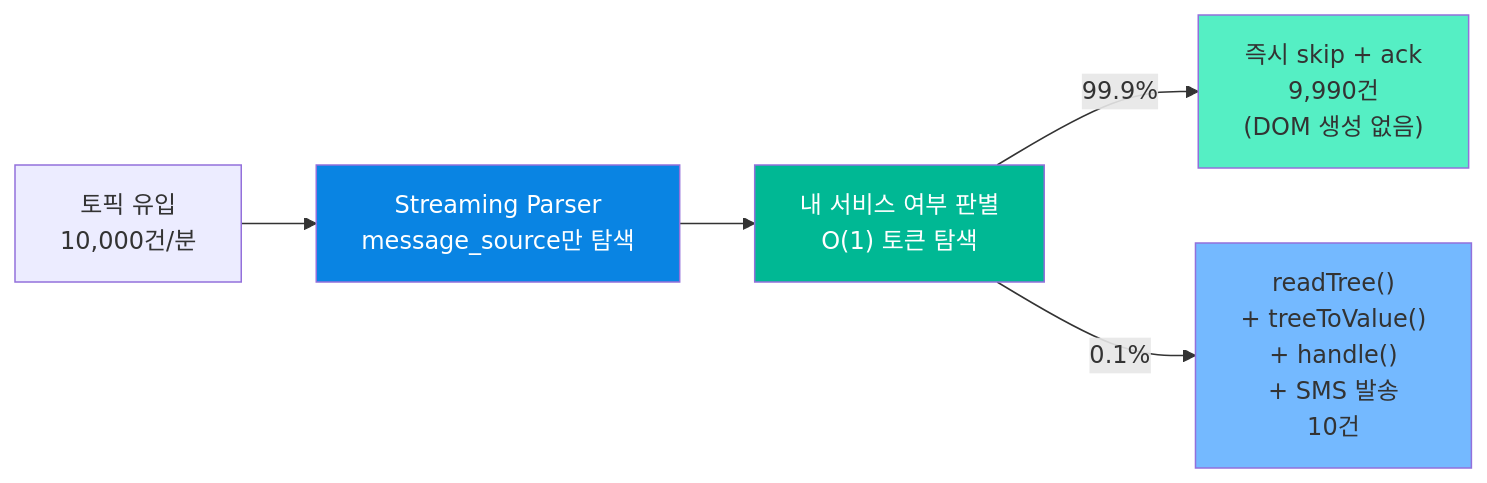
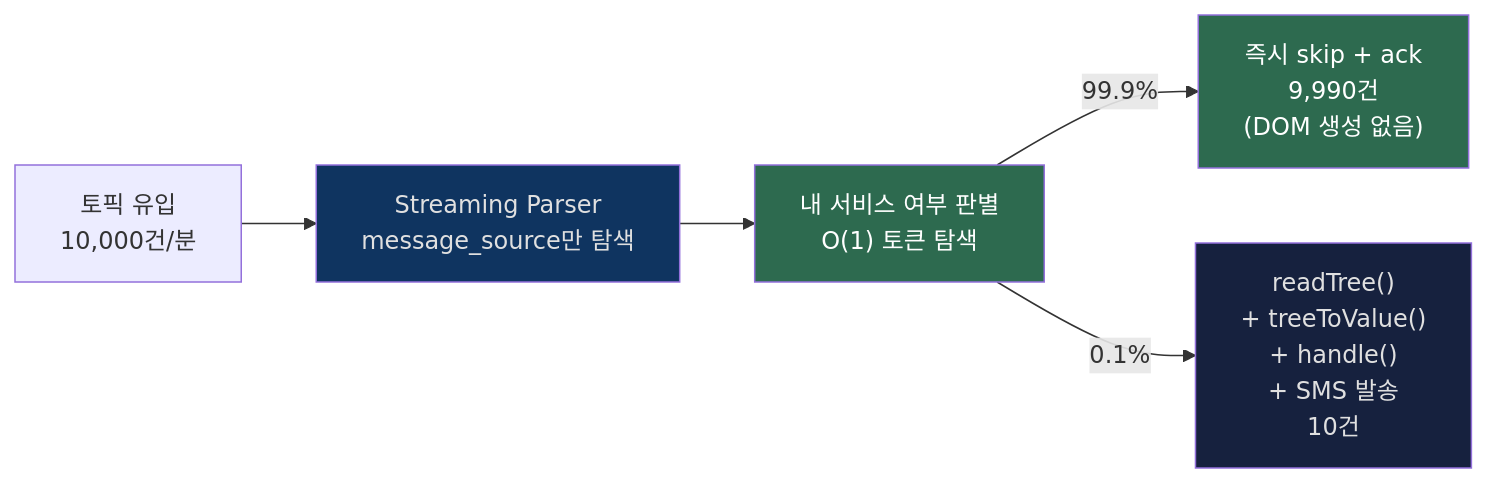
Before and after one commit to hyungkishin/hyungkishin.github.io: the sixth of 8 diagrams in contents/posts/roopers/technical-writing/round4/index.md, drawn with Mermaid. The commit also changed other lines of this file and 3 other files, not shown here.

Commit message:
style: round1~5 블로그 톤 통일 (~합니다 체, 단문 연결, Mermaid 색상, AI 패턴 제거)

````diff
--- a/contents/posts/roopers/technical-writing/round4/index.md
+++ b/contents/posts/roopers/technical-writing/round4/index.md
@@ -218,17 +228,17 @@
 ```mermaid
 flowchart LR
     input2["토픽 유입<br/>10,000건/분"]
     streaming2["Streaming Parser<br/>message_source만 탐색"]
     check["내 서비스 여부 판별<br/>O(1) 토큰 탐색"]
     skipAll["즉시 skip + ack<br/>9,990건<br/>(DOM 생성 없음)"]
     process["readTree()<br/>+ treeToValue()<br/>+ handle()<br/>+ SMS 발송<br/>10건"]
 
     input2 --> streaming2 --> check
     check -->|"99.9%"| skipAll
     check -->|"0.1%"| process
 
-    style streaming2 fill:#0984e3,color:#fff
-    style check fill:#00b894,color:#fff
-    style skipAll fill:#55efc4,color:#333
-    style process fill:#74b9ff,color:#333
+    style streaming2 fill:#0f3460,color:#e0e0e0
+    style check fill:#2d6a4f,color:#ffffff
+    style skipAll fill:#2d6a4f,color:#ffffff
+    style process fill:#16213e,color:#e0e0e0
 ```
````
